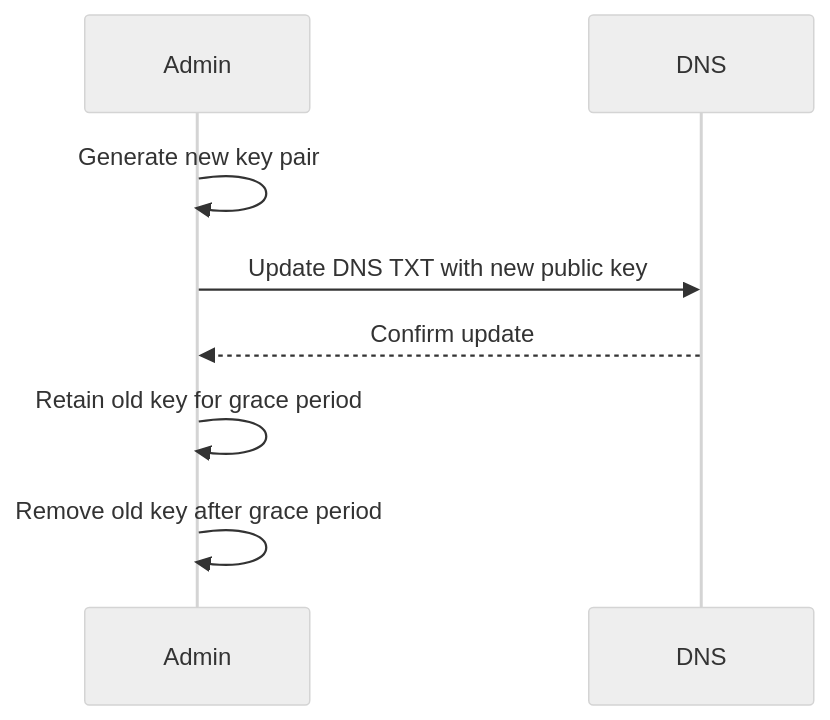
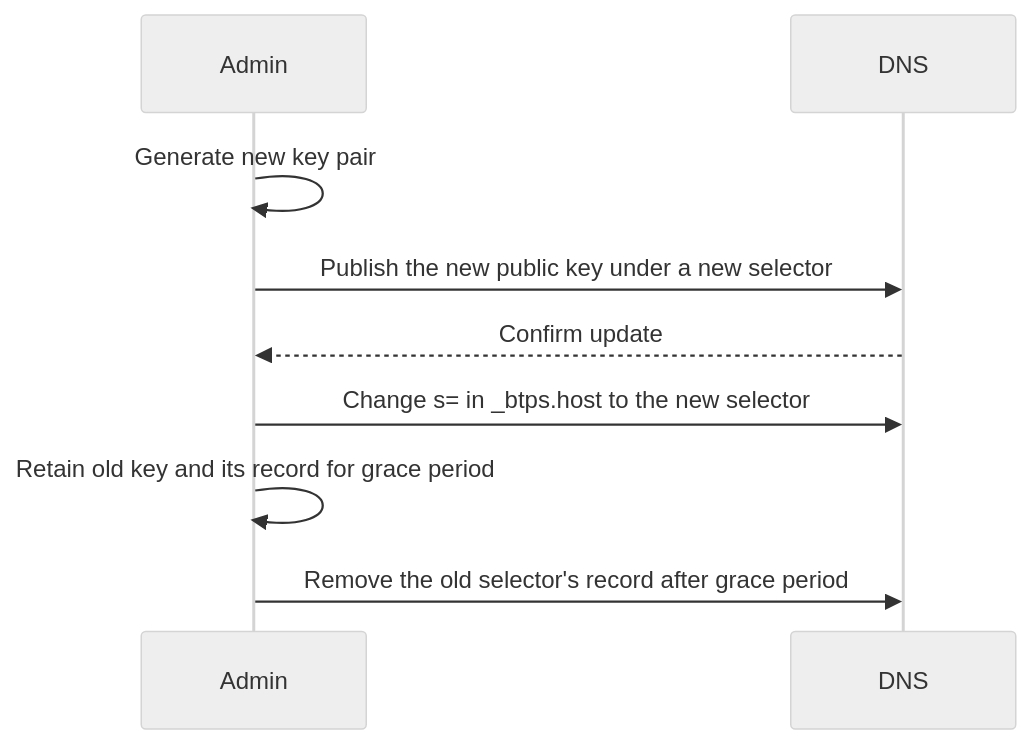
Before and after one commit to openbtps/btps-node: the diagram in docs/docusaurus/docs/protocol/security/keyManagement.md, drawn with Mermaid (neutral theme). The commit also changed other lines of this file and 26 other files, not shown here.

First line of the commit message:
Docs: bring every diagram in line with 1.1

````diff
--- a/docs/docusaurus/docs/protocol/security/keyManagement.md
+++ b/docs/docusaurus/docs/protocol/security/keyManagement.md
@@ -13,10 +13,11 @@
 ```mermaid
 sequenceDiagram
     participant Admin
     participant DNS
     Admin->>Admin: Generate new key pair
-    Admin->>DNS: Update DNS TXT with new public key
+    Admin->>DNS: Publish the new public key under a new selector
     DNS-->>Admin: Confirm update
-    Admin->>Admin: Retain old key for grace period
-    Admin->>Admin: Remove old key after grace period
+    Admin->>DNS: Change s= in _btps.host to the new selector
+    Admin->>Admin: Retain old key and its record for grace period
+    Admin->>DNS: Remove the old selector's record after grace period
 ``` 
````
